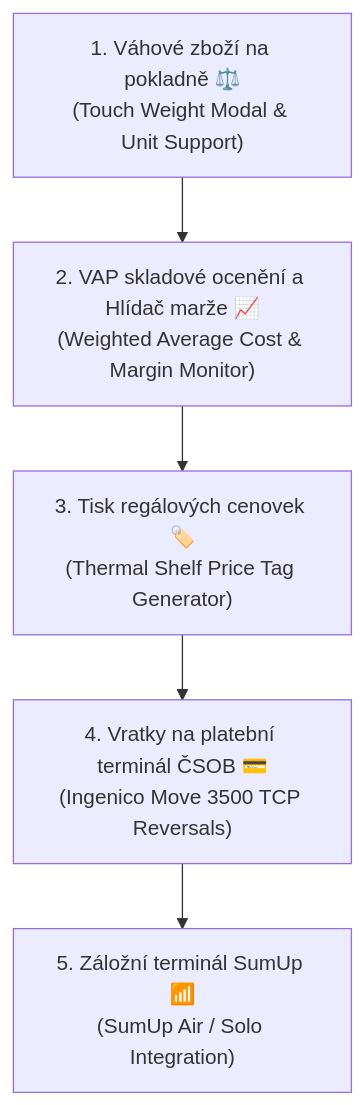
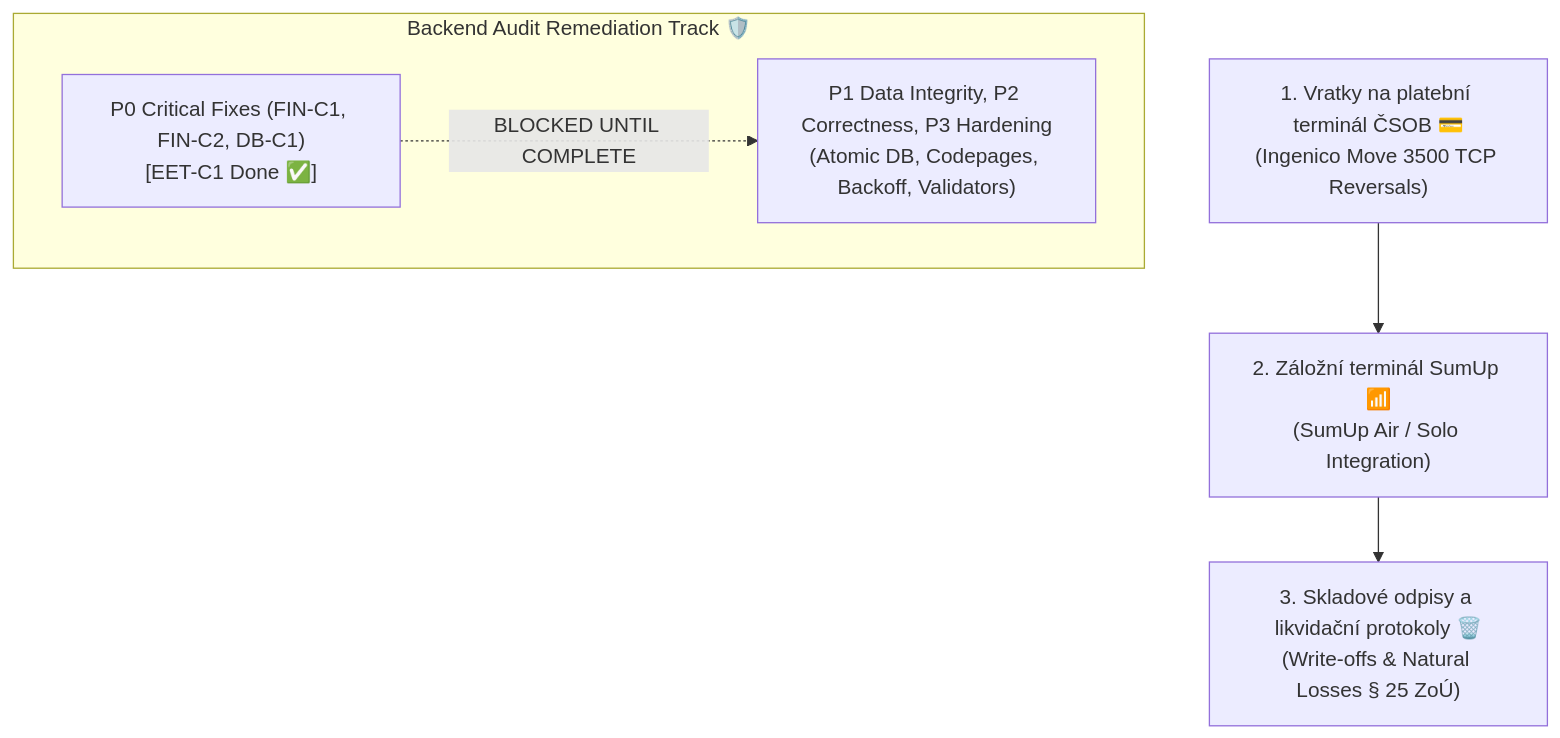
Before and after one commit to MichalKhoa/pos-project: the first of 2 diagrams in docs/ROADMAP.md, drawn with Mermaid. The commit also changed other lines of this file, not shown here.

Commit message:
docs: update roadmap priorities and completed milestones

````diff
--- a/docs/ROADMAP.md
+++ b/docs/ROADMAP.md
@@ -14,7 +14,10 @@
 ```mermaid
 graph TD
-    A["1. Váhové zboží na pokladně ⚖️<br/>(Touch Weight Modal & Unit Support)"] --> B["2. VAP skladové ocenění a Hlídač marže 📈<br/>(Weighted Average Cost & Margin Monitor)"]
-    B --> C["3. Tisk regálových cenovek 🏷️<br/>(Thermal Shelf Price Tag Generator)"]
-    C --> D["4. Vratky na platební terminál ČSOB 💳<br/>(Ingenico Move 3500 TCP Reversals)"]
-    D --> E["5. Záložní terminál SumUp 📶<br/>(SumUp Air / Solo Integration)"]
+    A["1. Vratky na platební terminál ČSOB 💳<br/>(Ingenico Move 3500 TCP Reversals)"] --> B["2. Záložní terminál SumUp 📶<br/>(SumUp Air / Solo Integration)"]
+    B --> C["3. Skladové odpisy a likvidační protokoly 🗑️<br/>(Write-offs & Natural Losses § 25 ZoÚ)"]
+    
+    subgraph AuditTrack["Backend Audit Remediation Track 🛡️"]
+        Crit["P0 Critical Fixes (FIN-C1, FIN-C2, DB-C1)<br/>[EET-C1 Done ✅]"]
+        Crit -.->|"BLOCKED UNTIL COMPLETE"| NonCrit["P1 Data Integrity, P2 Correctness, P3 Hardening<br/>(Atomic DB, Codepages, Backoff, Validators)"]
+    end
 ```
````
